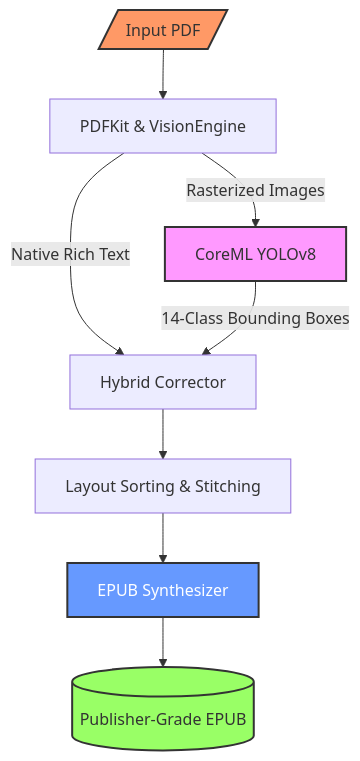
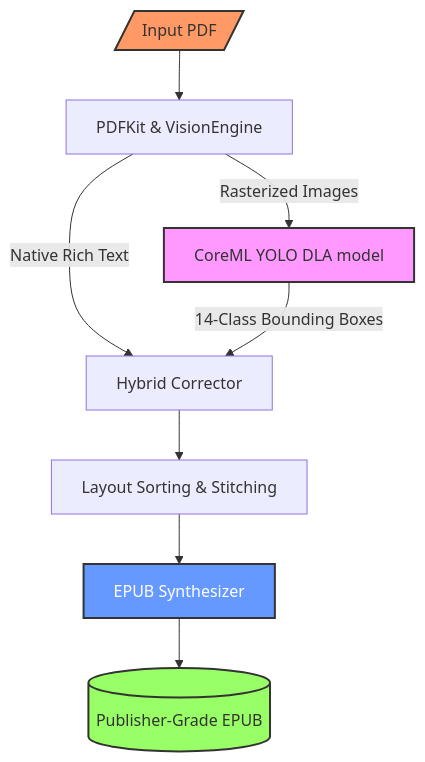
One commit to codinguniversefromEric/Make_it_Flow changed the second of 2 diagrams in README.md. Above: the diagram before and after it, drawn with Mermaid.

Commit message:
Update YOLO model name in flowchart

````diff
--- a/README.md
+++ b/README.md
@@ -46,19 +46,19 @@
 ```mermaid
 flowchart TD
     A[/"Input PDF"/] --> B["PDFKit & VisionEngine"]
     
-    B -->|Rasterized Images| C["CoreML YOLOv8"]
+    B -->|Rasterized Images| C["CoreML YOLO DLA model"]
     B -->|Native Rich Text| D["Hybrid Corrector"]
     
     C -->|14-Class Bounding Boxes| D
     
     D --> E["Layout Sorting & Stitching"]
     E --> F["EPUB Synthesizer"]
     
     F --> G[("Publisher-Grade EPUB")]
     
     style A fill:#f96,stroke:#333,stroke-width:2px
     style G fill:#9f6,stroke:#333,stroke-width:2px
     style C fill:#f9f,stroke:#333,stroke-width:2px
     style F fill:#69f,stroke:#333,stroke-width:2px,color:#fff
 ```
````
